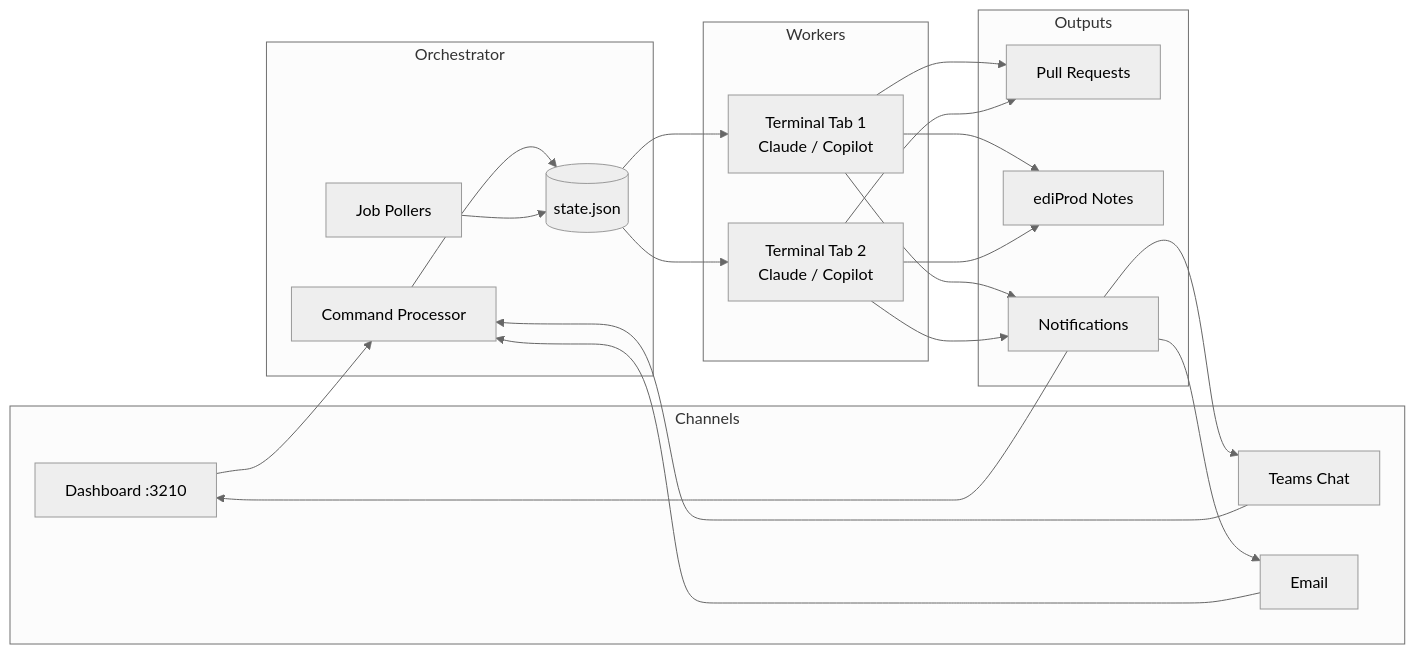
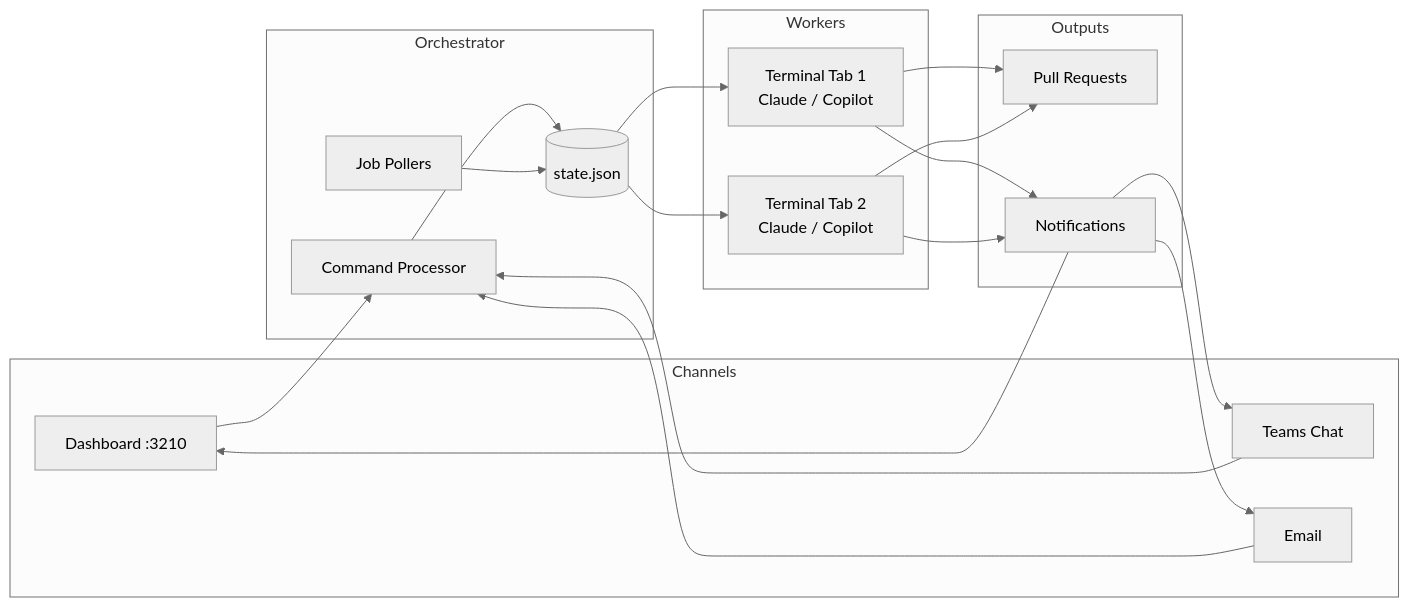
One commit to cat-hoang/ai-studio changed the diagram in README.md. Above: the diagram before and after it, drawn with Mermaid (neutral theme). The commit also changed other lines of this file and 18 other files, not shown here.

````diff
--- a/README.md
+++ b/README.md
@@ -18,32 +18,31 @@
 ```mermaid
 flowchart LR
     subgraph Channels
         D[Dashboard :3210]
         T[Teams Chat]
         E[Email]
     end
 
     subgraph Orchestrator
         CMD[Command Processor]
         STATE[(state.json)]
         POLL[Job Pollers]
     end
 
     subgraph Workers
         W1[Terminal Tab 1\nClaude / Copilot]
         W2[Terminal Tab 2\nClaude / Copilot]
     end
 
     subgraph Outputs
         PR[Pull Requests]
-        NOTES[ediProd Notes]
         NOTIFY[Notifications]
     end
 
     D & T & E --> CMD
     CMD --> STATE
     POLL --> STATE
     STATE --> W1 & W2
-    W1 & W2 --> PR & NOTES
+    W1 & W2 --> PR
     W1 & W2 --> NOTIFY --> D & T & E
 ```
````
